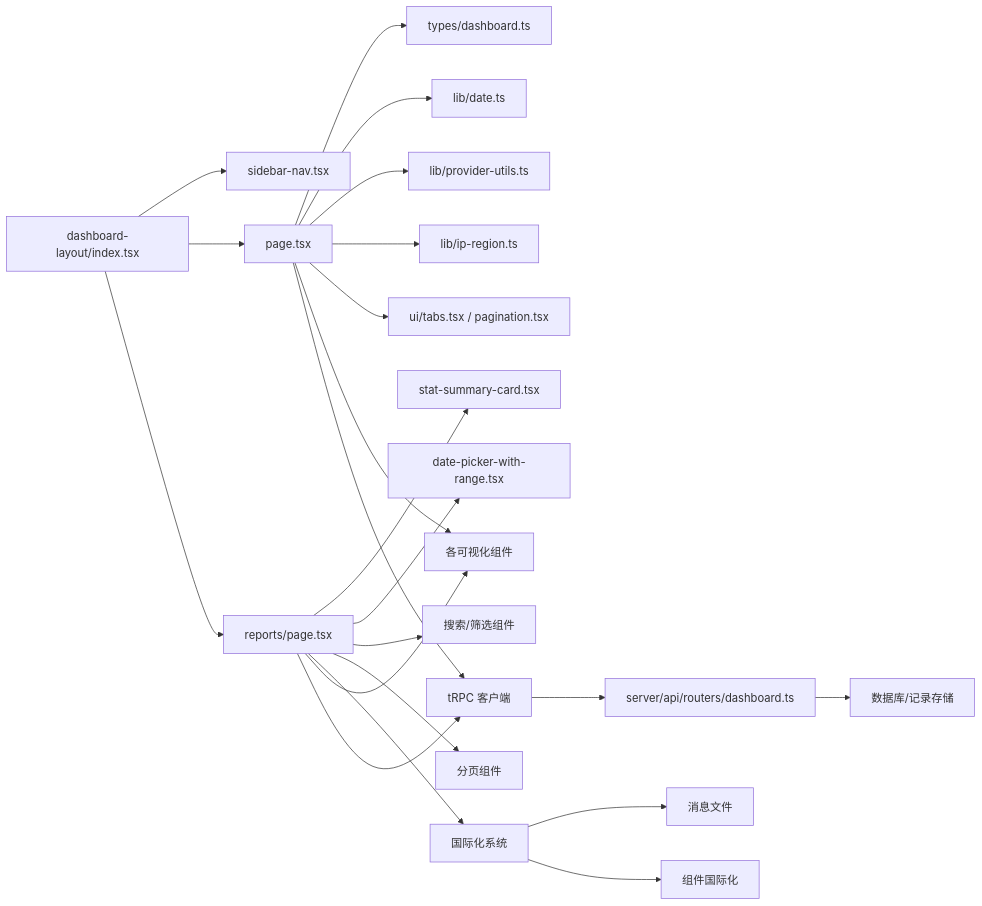
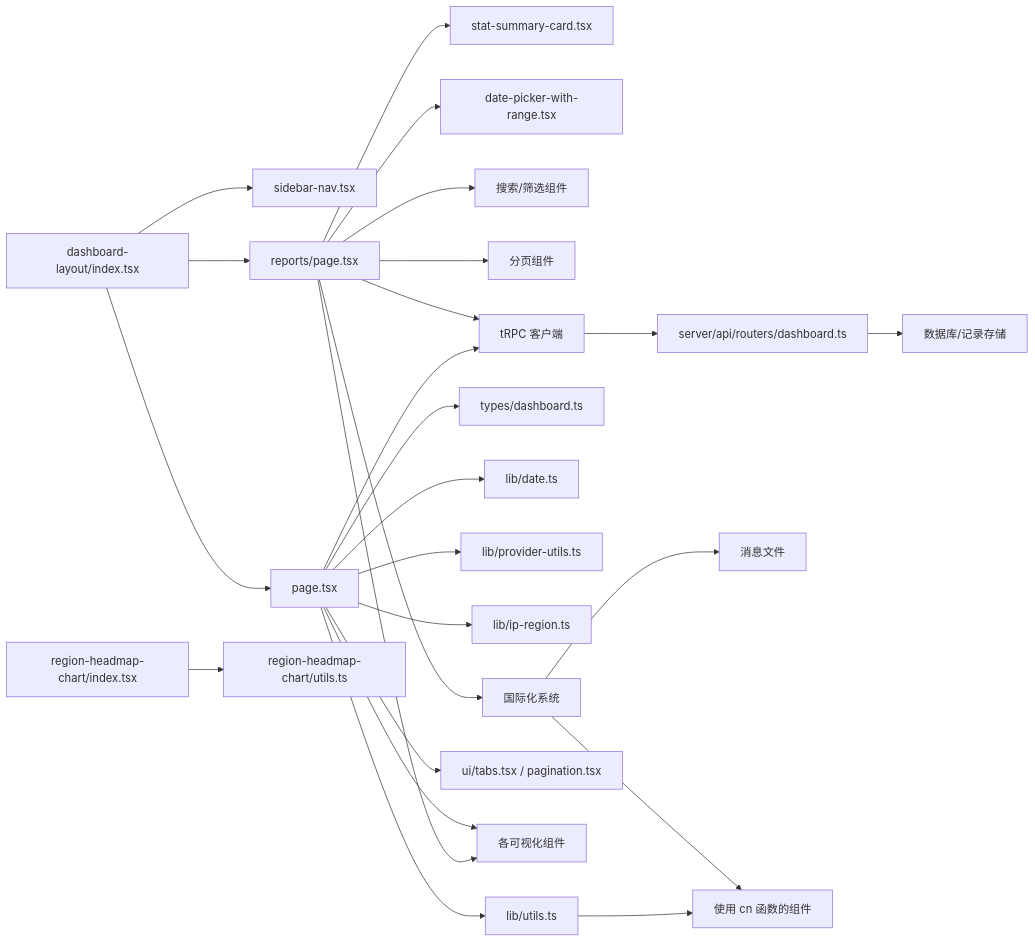
One commit to RadiumAg/AIGate changed diagram 15 of 15 in .qoder/repowiki/zh/content/监控与分析/仪表板组件.md. Above: the diagram before and after it, drawn with Mermaid. The commit also changed other lines of this file and 7 other files, not shown here.

````diff
--- a/.qoder/repowiki/zh/content/监控与分析/仪表板组件.md
+++ b/.qoder/repowiki/zh/content/监控与分析/仪表板组件.md
@@ -624,24 +680,27 @@
 ```mermaid
 graph LR
 Layout["dashboard-layout/index.tsx"] --> Sidebar["sidebar-nav.tsx"]
 Layout --> Page["page.tsx"]
 Layout --> Reports["reports/page.tsx"]
 Reports --> StatSummary["stat-summary-card.tsx"]
 Reports --> DatePicker["date-picker-with-range.tsx"]
 Reports --> Filters["搜索/筛选组件"]
 Reports --> Pagination["分页组件"]
 Reports --> I18n["国际化系统"]
 Page --> Types["types/dashboard.ts"]
 Page --> LibDate["lib/date.ts"]
 Page --> LibProv["lib/provider-utils.ts"]
 Page --> LibIP["lib/ip-region.ts"]
+Page --> LibUtils["lib/utils.ts"]
 Page --> UI["ui/tabs.tsx / pagination.tsx"]
 Page --> Charts["各可视化组件"]
 Reports --> Charts
 Reports --> TRPC["tRPC 客户端"]
 Page --> TRPC
 TRPC --> DashboardRouter["server/api/routers/dashboard.ts"]
 DashboardRouter --> DB["数据库/记录存储"]
 I18n --> Messages["消息文件"]
 I18n --> Components["组件国际化"]
+Heatmap["region-headmap-chart/index.tsx"] --> HeatmapUtils["region-headmap-chart/utils.ts"]
+LibUtils --> Components["使用 cn 函数的组件"]
 ```
````
